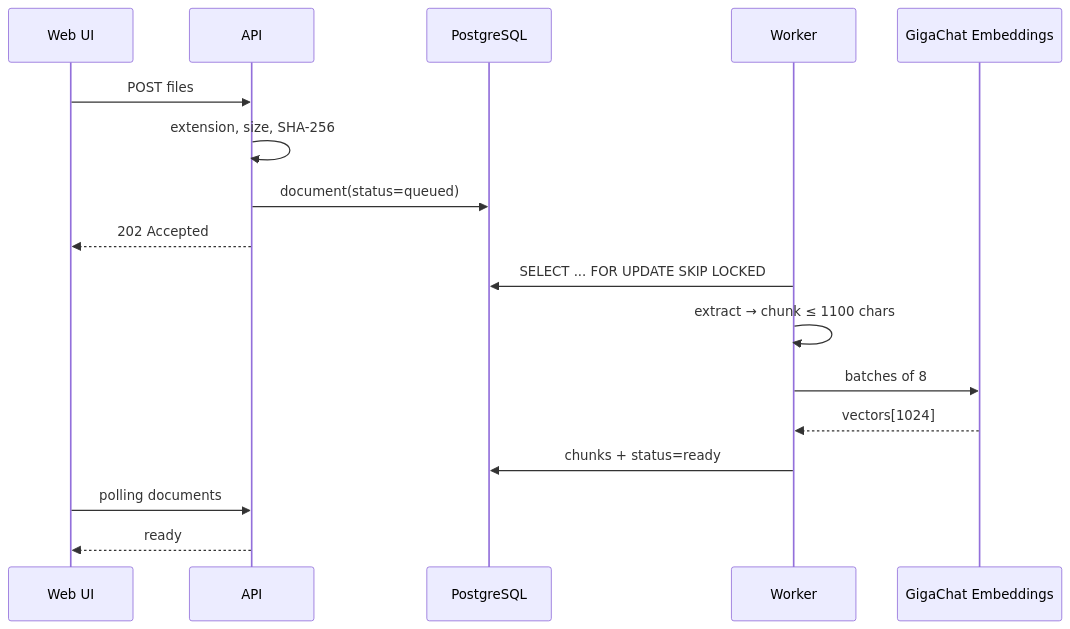
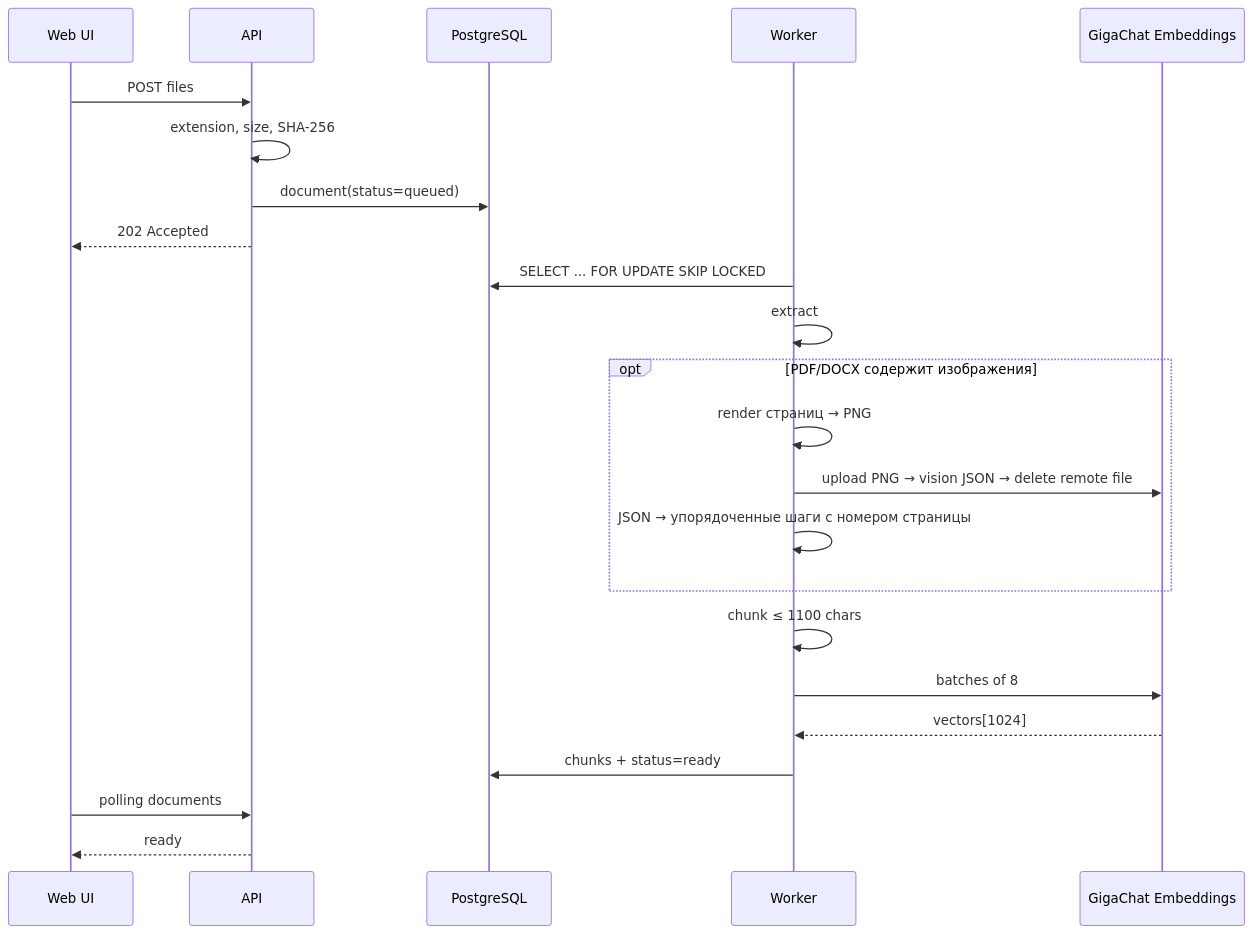
Before and after one commit to TBWTK/corporate-rag: the third of 4 diagrams in docs/ARCHITECTURE.md, drawn with Mermaid. The commit also changed other lines of this file and 77 other files, not shown here.

````diff
--- a/docs/ARCHITECTURE.md
+++ b/docs/ARCHITECTURE.md
@@ -64,19 +70,25 @@
 ```mermaid
 sequenceDiagram
   participant U as Web UI
   participant A as API
   participant D as PostgreSQL
   participant W as Worker
   participant G as GigaChat Embeddings
   U->>A: POST files
   A->>A: extension, size, SHA-256
   A->>D: document(status=queued)
   A-->>U: 202 Accepted
   W->>D: SELECT ... FOR UPDATE SKIP LOCKED
-  W->>W: extract → chunk ≤ 1100 chars
+  W->>W: extract
+  opt PDF/DOCX содержит изображения
+    W->>W: render страниц → PNG
+    W->>G: upload PNG → vision JSON → delete remote file
+    W->>W: JSON → упорядоченные шаги с номером страницы
+  end
+  W->>W: chunk ≤ 1100 chars
   W->>G: batches of 8
   G-->>W: vectors[1024]
   W->>D: chunks + status=ready
   U->>A: polling documents
   A-->>U: ready
 ```
````
